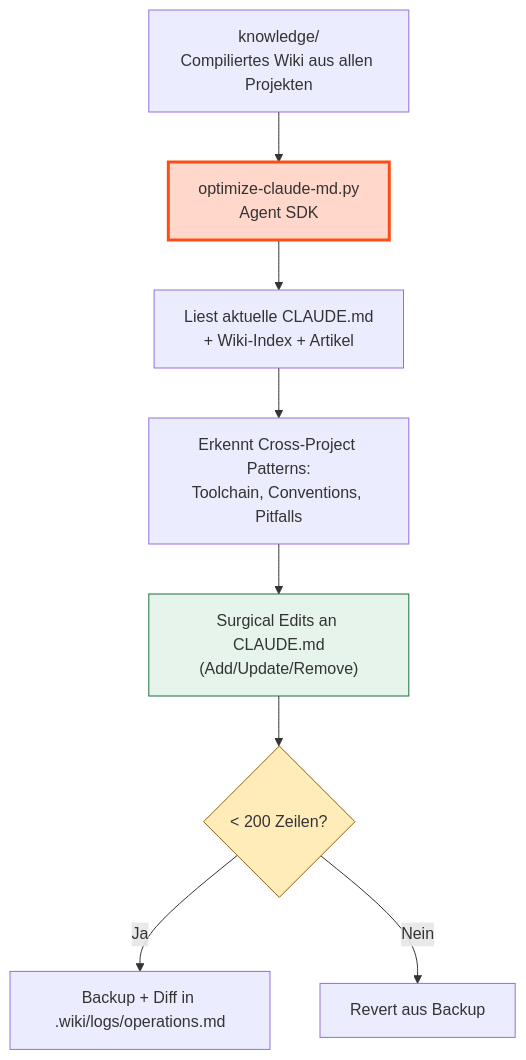
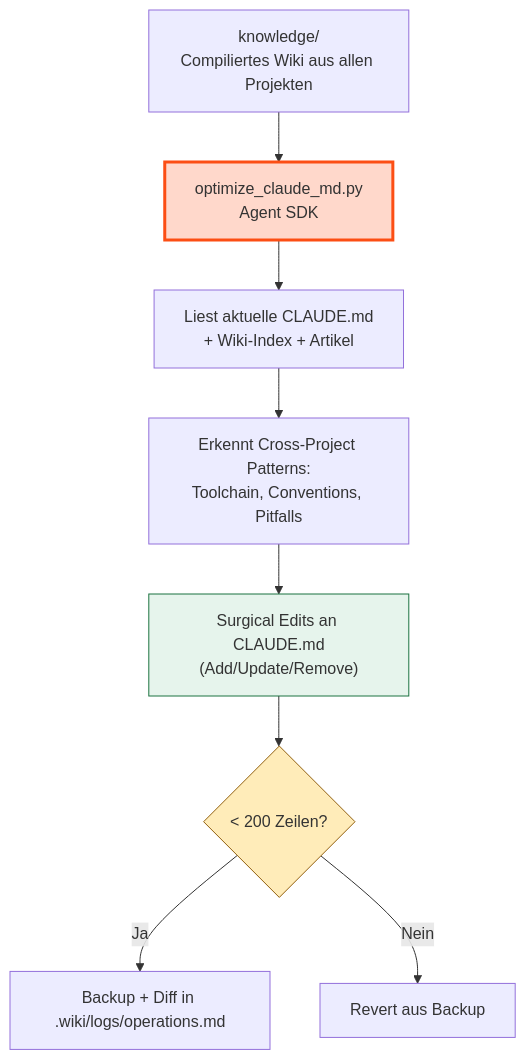
Before and after one commit to lx-0/llm-wiki: the seventh of 14 diagrams in docs/PROCESS.md, drawn with Mermaid. The commit also changed other lines of this file and 32 other files, not shown here.

````diff
--- a/docs/PROCESS.md
+++ b/docs/PROCESS.md
@@ -727,15 +727,15 @@
 ```mermaid
 flowchart TD
     WIKI["knowledge/\nCompiliertes Wiki aus allen Projekten"]
-    WIKI --> OPTIMIZER["optimize-claude-md.py\nAgent SDK"]
+    WIKI --> OPTIMIZER["optimize_claude_md.py\nAgent SDK"]
     OPTIMIZER --> READ["Liest aktuelle CLAUDE.md\n+ Wiki-Index + Artikel"]
     READ --> ANALYZE["Erkennt Cross-Project Patterns:\nToolchain, Conventions, Pitfalls"]
     ANALYZE --> EDIT["Surgical Edits an CLAUDE.md\n(Add/Update/Remove)"]
     EDIT --> CHECK{"< 200 Zeilen?"}
     CHECK -->|Ja| DONE["Backup + Diff in .wiki/logs/operations.md"]
     CHECK -->|Nein| REVERT["Revert aus Backup"]
 
     style OPTIMIZER fill:#FFD8CB,stroke:#FC4E14,stroke-width:3px
     style EDIT fill:#E6F4EC,stroke:#1B7340
     style CHECK fill:#FFECB9,stroke:#92610F
 ```
````
